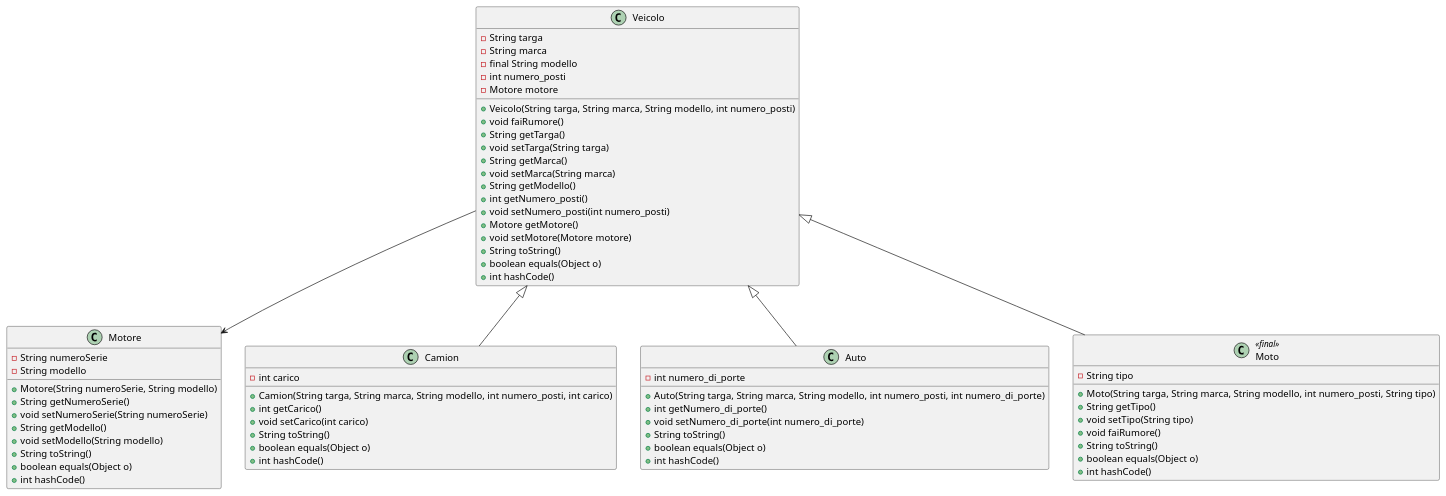
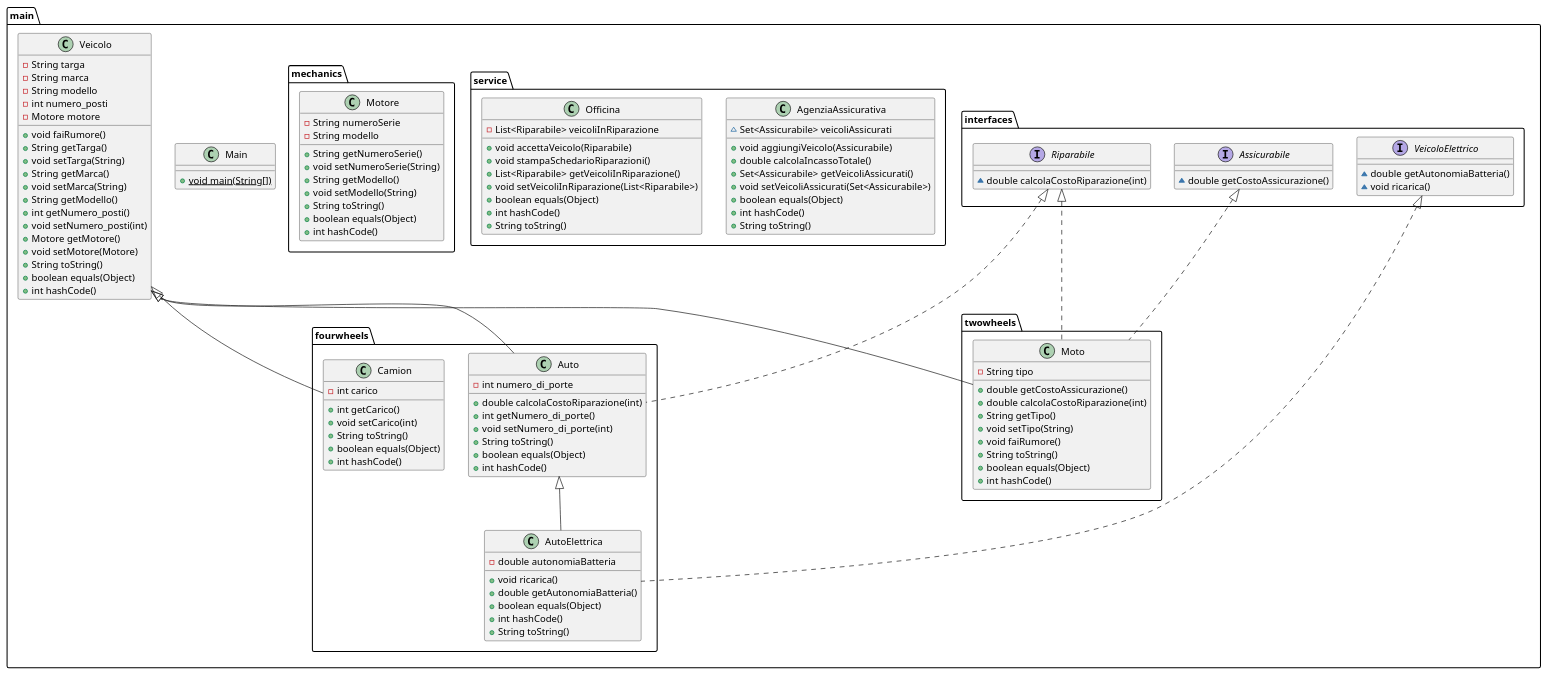
The diagram in Veicoli/Veicoli.puml (Alexander3356/226B), drawn with PlantUML before and after one commit. The commit also changed 72 other files, not shown here.

```diff
--- a/Veicoli/Veicoli.puml
+++ b/Veicoli/Veicoli.puml
@@ -1,77 +1,132 @@
 @startuml
-
-class Veicolo {
-    - String targa
-    - String marca
-    - final String modello
-    - int numero_posti
-    - Motore motore
-
-    + Veicolo(String targa, String marca, String modello, int numero_posti)
-    + void faiRumore()
-    + String getTarga()
-    + void setTarga(String targa)
-    + String getMarca()
-    + void setMarca(String marca)
-    + String getModello()
-    + int getNumero_posti()
-    + void setNumero_posti(int numero_posti)
-    + Motore getMotore()
-    + void setMotore(Motore motore)
-    + String toString()
-    + boolean equals(Object o)
-    + int hashCode()
+interface main.interfaces.VeicoloElettrico {
+~ double getAutonomiaBatteria()
+~ void ricarica()
 }
 
-class Motore {
-    - String numeroSerie
-    - String modello
-
-    + Motore(String numeroSerie, String modello)
-    + String getNumeroSerie()
-    + void setNumeroSerie(String numeroSerie)
-    + String getModello()
-    + void setModello(String modello)
-    + String toString()
-    + boolean equals(Object o)
-    + int hashCode()
+class main.service.AgenziaAssicurativa {
+~ Set<Assicurabile> veicoliAssicurati
++ void aggiungiVeicolo(Assicurabile)
++ double calcolaIncassoTotale()
++ Set<Assicurabile> getVeicoliAssicurati()
++ void setVeicoliAssicurati(Set<Assicurabile>)
++ boolean equals(Object)
++ int hashCode()
++ String toString()
 }
 
-class Camion extends Veicolo {
-    - int carico
 
-    + Camion(String targa, String marca, String modello, int numero_posti, int carico)
-    + int getCarico()
-    + void setCarico(int carico)
-    + String toString()
-    + boolean equals(Object o)
-    + int hashCode()
+class main.fourwheels.Camion {
+- int carico
++ int getCarico()
++ void setCarico(int)
++ String toString()
++ boolean equals(Object)
++ int hashCode()
 }
 
-class Auto extends Veicolo {
-    - int numero_di_porte
 
-    + Auto(String targa, String marca, String modello, int numero_posti, int numero_di_porte)
-    + int getNumero_di_porte()
-    + void setNumero_di_porte(int numero_di_porte)
-    + String toString()
-    + boolean equals(Object o)
-    + int hashCode()
+class main.Main {
++ {static} void main(String[])
 }
 
-class Moto <<final>> extends Veicolo {
-    - String tipo
-
-    + Moto(String targa, String marca, String modello, int numero_posti, String tipo)
-    + String getTipo()
-    + void setTipo(String tipo)
-    + void faiRumore()
-    + String toString()
-    + boolean equals(Object o)
-    + int hashCode()
+interface main.interfaces.Assicurabile {
+~ double getCostoAssicurazione()
 }
 
-Veicolo --> Motore
+class main.service.Officina {
+- List<Riparabile> veicoliInRiparazione
++ void accettaVeicolo(Riparabile)
++ void stampaSchedarioRiparazioni()
++ List<Riparabile> getVeicoliInRiparazione()
++ void setVeicoliInRiparazione(List<Riparabile>)
++ boolean equals(Object)
++ int hashCode()
++ String toString()
+}
 
 
+class main.fourwheels.AutoElettrica {
+- double autonomiaBatteria
++ void ricarica()
++ double getAutonomiaBatteria()
++ boolean equals(Object)
++ int hashCode()
++ String toString()
+}
+
+
+class main.fourwheels.Auto {
+- int numero_di_porte
++ double calcolaCostoRiparazione(int)
++ int getNumero_di_porte()
++ void setNumero_di_porte(int)
++ String toString()
++ boolean equals(Object)
++ int hashCode()
+}
+
+
+class main.twowheels.Moto {
+- String tipo
++ double getCostoAssicurazione()
++ double calcolaCostoRiparazione(int)
++ String getTipo()
++ void setTipo(String)
++ void faiRumore()
++ String toString()
++ boolean equals(Object)
++ int hashCode()
+}
+
+
+class main.Veicolo {
+- String targa
+- String marca
+- String modello
+- int numero_posti
+- Motore motore
++ void faiRumore()
++ String getTarga()
++ void setTarga(String)
++ String getMarca()
++ void setMarca(String)
++ String getModello()
++ int getNumero_posti()
++ void setNumero_posti(int)
++ Motore getMotore()
++ void setMotore(Motore)
++ String toString()
++ boolean equals(Object)
++ int hashCode()
+}
+
+
+interface main.interfaces.Riparabile {
+~ double calcolaCostoRiparazione(int)
+}
+
+class main.mechanics.Motore {
+- String numeroSerie
+- String modello
++ String getNumeroSerie()
++ void setNumeroSerie(String)
++ String getModello()
++ void setModello(String)
++ String toString()
++ boolean equals(Object)
++ int hashCode()
+}
+
+
+
+
+main.Veicolo <|-- main.fourwheels.Camion
+main.interfaces.VeicoloElettrico <|.. main.fourwheels.AutoElettrica
+main.fourwheels.Auto <|-- main.fourwheels.AutoElettrica
+main.interfaces.Riparabile <|.. main.fourwheels.Auto
+main.Veicolo <|-- main.fourwheels.Auto
+main.interfaces.Assicurabile <|.. main.twowheels.Moto
+main.interfaces.Riparabile <|.. main.twowheels.Moto
+main.Veicolo <|-- main.twowheels.Moto
 @enduml
```
